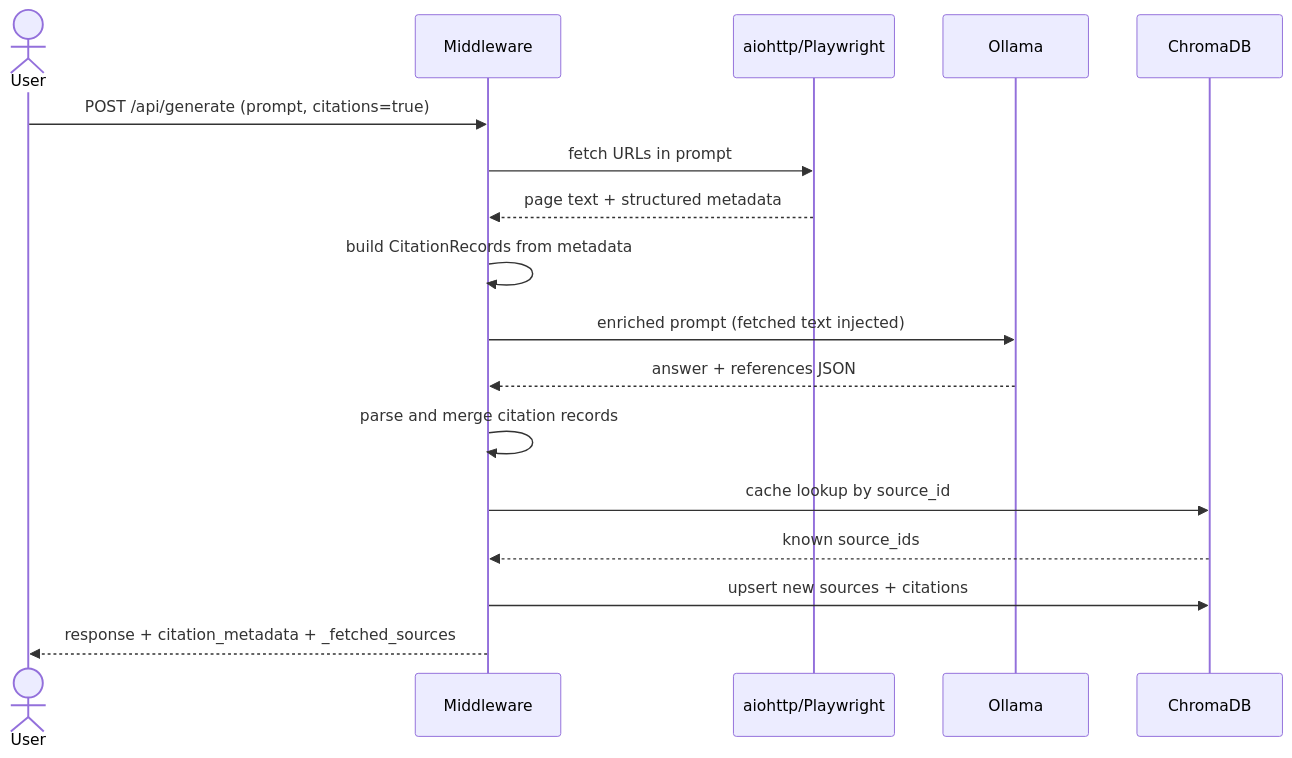
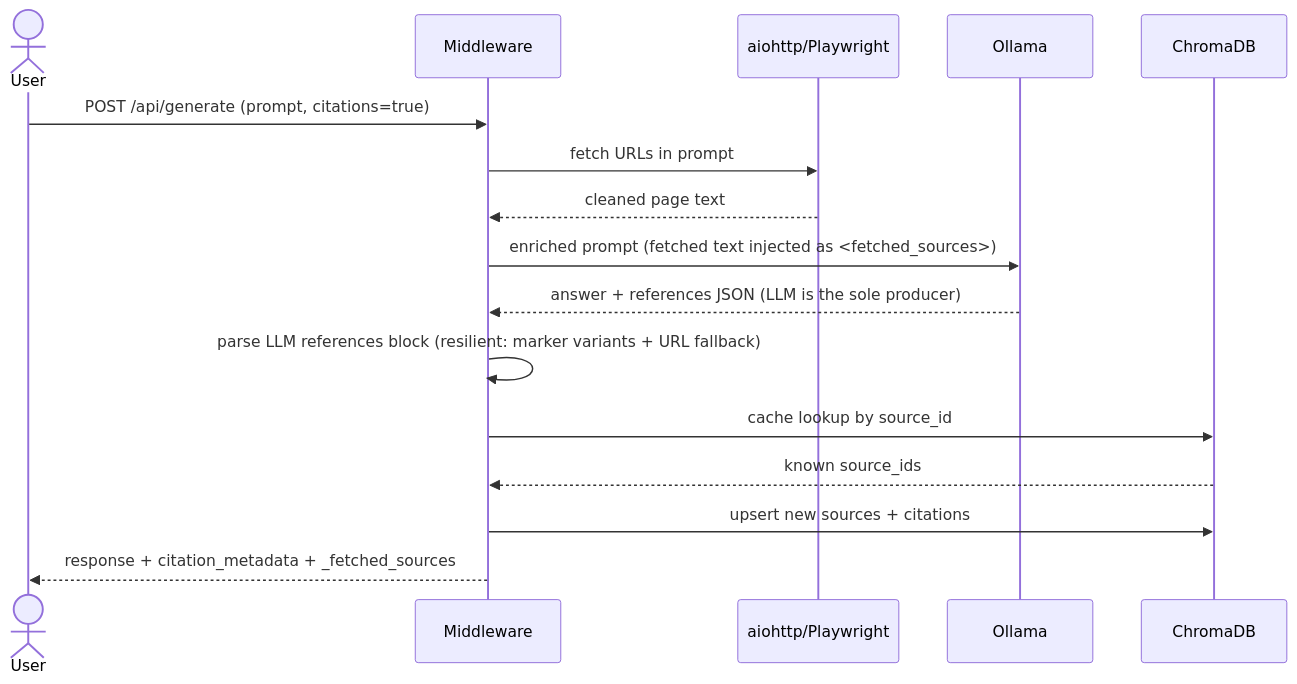
The diagram in README.md (sandrcoast/citation-pipeline), drawn with Mermaid before and after one commit. The commit also changed other lines of this file and 4 other files, not shown here.

````diff
--- a/README.md
+++ b/README.md
@@ -58,20 +65,19 @@
 ```mermaid
 sequenceDiagram
     actor User
     participant MW as Middleware
     participant Web as aiohttp/Playwright
     participant Ollama
     participant Chroma as ChromaDB
 
     User->>MW: POST /api/generate (prompt, citations=true)
     MW->>Web: fetch URLs in prompt
-    Web-->>MW: page text + structured metadata
-    MW->>MW: build CitationRecords from metadata
-    MW->>Ollama: enriched prompt (fetched text injected)
-    Ollama-->>MW: answer + references JSON
-    MW->>MW: parse and merge citation records
+    Web-->>MW: cleaned page text
+    MW->>Ollama: enriched prompt (fetched text injected as <fetched_sources>)
+    Ollama-->>MW: answer + references JSON (LLM is the sole producer)
+    MW->>MW: parse LLM references block (resilient: marker variants + URL fallback)
     MW->>Chroma: cache lookup by source_id
     Chroma-->>MW: known source_ids
     MW->>Chroma: upsert new sources + citations
     MW-->>User: response + citation_metadata + _fetched_sources
 ```
````
